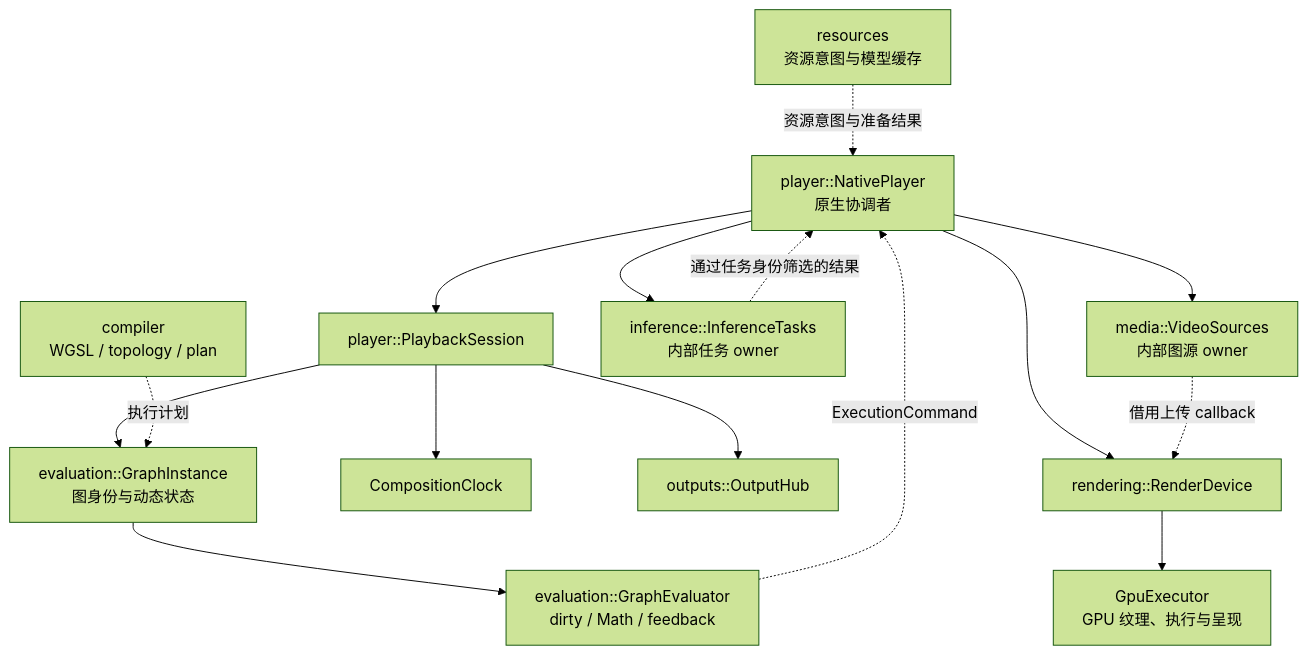
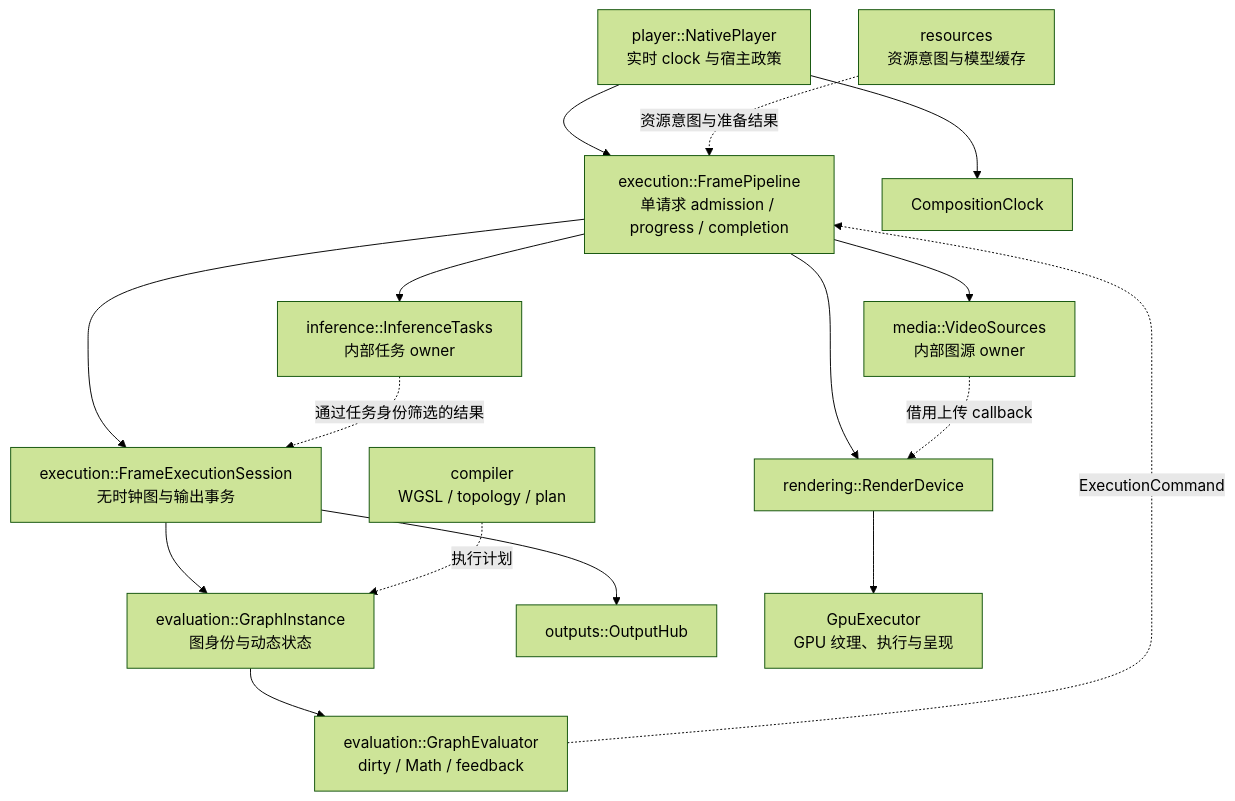
Before and after one commit to sanitor/open_quartz: the second of 6 diagrams in docs/DESIGN.md, drawn with Mermaid (forest theme). The commit also changed other lines of this file and 29 other files, not shown here.

Commit message:
refactor(execution): route NativePlayer through shared FramePipeline

````diff
--- a/docs/DESIGN.md
+++ b/docs/DESIGN.md
@@ -64,30 +64,32 @@
 ```mermaid
 flowchart TB
-    N["player::NativePlayer<br/>原生协调者"]
-    S["player::PlaybackSession"]
+    N["player::NativePlayer<br/>实时 clock 与宿主政策"]
+    P["execution::FramePipeline<br/>单请求 admission / progress / completion"]
+    S["execution::FrameExecutionSession<br/>无时钟图与输出事务"]
     G["evaluation::GraphInstance<br/>图身份与动态状态"]
     E["evaluation::GraphEvaluator<br/>dirty / Math / feedback"]
     C["CompositionClock"]
     O["outputs::OutputHub"]
     R["rendering::RenderDevice"]
     GPU["GpuExecutor<br/>GPU 纹理、执行与呈现"]
     V["media::VideoSources<br/>内部图源 owner"]
     I["inference::InferenceTasks<br/>内部任务 owner"]
     COMP["compiler<br/>WGSL / topology / plan"]
     RES["resources<br/>资源意图与模型缓存"]
 
-    N --> S
-    N --> R
-    N --> V
-    N --> I
+    N --> P
+    N --> C
+    P --> S
+    P --> R
+    P --> V
+    P --> I
     S --> G
-    S --> C
     S --> O
     G --> E
     R --> GPU
     COMP -.->|执行计划| G
-    RES -.->|资源意图与准备结果| N
-    E -.->|ExecutionCommand| N
+    RES -.->|资源意图与准备结果| P
+    E -.->|ExecutionCommand| P
     V -.->|借用上传 callback| R
-    I -.->|通过任务身份筛选的结果| N
+    I -.->|通过任务身份筛选的结果| S
 ```
````
